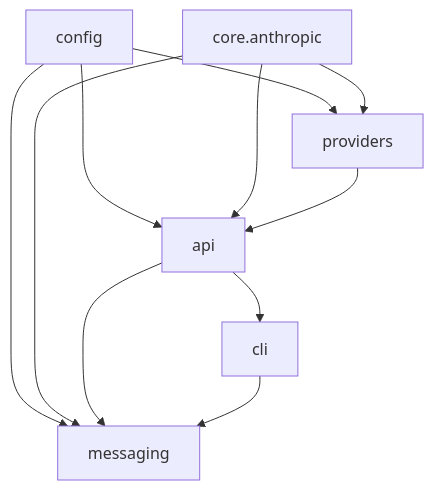
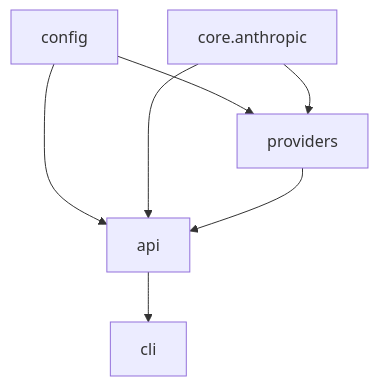
The diagram in PLAN.md (souogokufreefire-oss/claude-code-proxy), drawn with Mermaid before and after one commit. The commit also changed other lines of this file and 87 other files, not shown here.

````diff
--- a/PLAN.md
+++ b/PLAN.md
@@ -27,13 +24,9 @@
 ```mermaid
 flowchart TD
     config[config] --> api[api]
     config --> providers[providers]
-    config --> messaging[messaging]
     core[core.anthropic] --> api
     core --> providers
-    core --> messaging
     providers --> api
     api --> cli[cli]
-    api --> messaging
-    cli --> messaging
 ```
````
